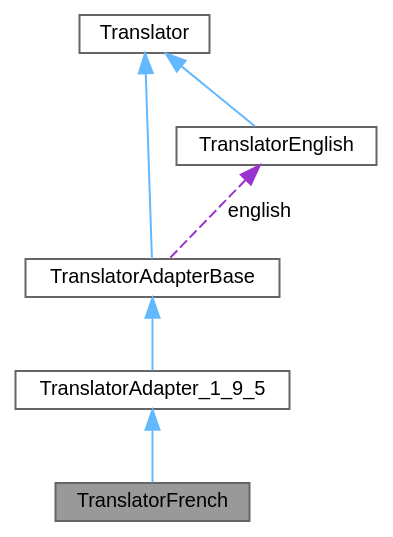
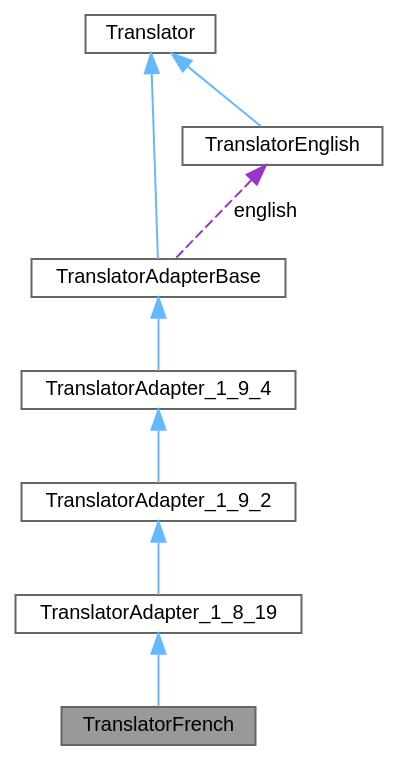
The diagram in df/d8f/class_translator_french__coll__graph.dot (ModuleWorks/doxygen), drawn with Graphviz before and after one commit. The commit also changed 5484 other files, not shown here.

```diff
--- a/df/d8f/class_translator_french__coll__graph.dot
+++ b/df/d8f/class_translator_french__coll__graph.dot
@@ -1,18 +1,22 @@
 digraph "TranslatorFrench"
 {
  // INTERACTIVE_SVG=YES
  // LATEX_PDF_SIZE
   bgcolor="transparent";
   edge [fontname=Helvetica,fontsize=10,labelfontname=Helvetica,labelfontsize=10];
   node [fontname=Helvetica,fontsize=10,shape=box,height=0.2,width=0.4];
   Node1 [label="TranslatorFrench",height=0.2,width=0.4,color="gray40", fillcolor="grey60", style="filled", fontcolor="black",tooltip=" "];
   Node2 -> Node1 [dir="back",color="steelblue1",style="solid"];
-  Node2 [label="TranslatorAdapter_1_9_5",height=0.2,width=0.4,color="gray40", fillcolor="white", style="filled",URL="$dd/dba/class_translator_adapter__1__9__5.html",tooltip=" "];
+  Node2 [label="TranslatorAdapter_1_8_19",height=0.2,width=0.4,color="gray40", fillcolor="white", style="filled",URL="$de/dde/class_translator_adapter__1__8__19.html",tooltip=" "];
   Node3 -> Node2 [dir="back",color="steelblue1",style="solid"];
-  Node3 [label="TranslatorAdapterBase",height=0.2,width=0.4,color="gray40", fillcolor="white", style="filled",URL="$db/d6c/class_translator_adapter_base.html",tooltip="Base of the translator adapter tree."];
+  Node3 [label="TranslatorAdapter_1_9_2",height=0.2,width=0.4,color="gray40", fillcolor="white", style="filled",URL="$d3/d2e/class_translator_adapter__1__9__2.html",tooltip=" "];
   Node4 -> Node3 [dir="back",color="steelblue1",style="solid"];
-  Node4 [label="Translator",height=0.2,width=0.4,color="gray40", fillcolor="white", style="filled",URL="$d8/dfb/class_translator.html",tooltip="Abstract base class for all translatable text fragments."];
-  Node5 -> Node3 [dir="back",color="darkorchid3",style="dashed",label=" english" ];
-  Node5 [label="TranslatorEnglish",height=0.2,width=0.4,color="gray40", fillcolor="white", style="filled",URL="$d6/d78/class_translator_english.html",tooltip=" "];
-  Node4 -> Node5 [dir="back",color="steelblue1",style="solid"];
+  Node4 [label="TranslatorAdapter_1_9_4",height=0.2,width=0.4,color="gray40", fillcolor="white", style="filled",URL="$d0/d33/class_translator_adapter__1__9__4.html",tooltip=" "];
+  Node5 -> Node4 [dir="back",color="steelblue1",style="solid"];
+  Node5 [label="TranslatorAdapterBase",height=0.2,width=0.4,color="gray40", fillcolor="white", style="filled",URL="$db/d6c/class_translator_adapter_base.html",tooltip="Base of the translator adapter tree."];
+  Node6 -> Node5 [dir="back",color="steelblue1",style="solid"];
+  Node6 [label="Translator",height=0.2,width=0.4,color="gray40", fillcolor="white", style="filled",URL="$d8/dfb/class_translator.html",tooltip="Abstract base class for all translatable text fragments."];
+  Node7 -> Node5 [dir="back",color="darkorchid3",style="dashed",label=" english" ];
+  Node7 [label="TranslatorEnglish",height=0.2,width=0.4,color="gray40", fillcolor="white", style="filled",URL="$d6/d78/class_translator_english.html",tooltip=" "];
+  Node6 -> Node7 [dir="back",color="steelblue1",style="solid"];
 }
```
